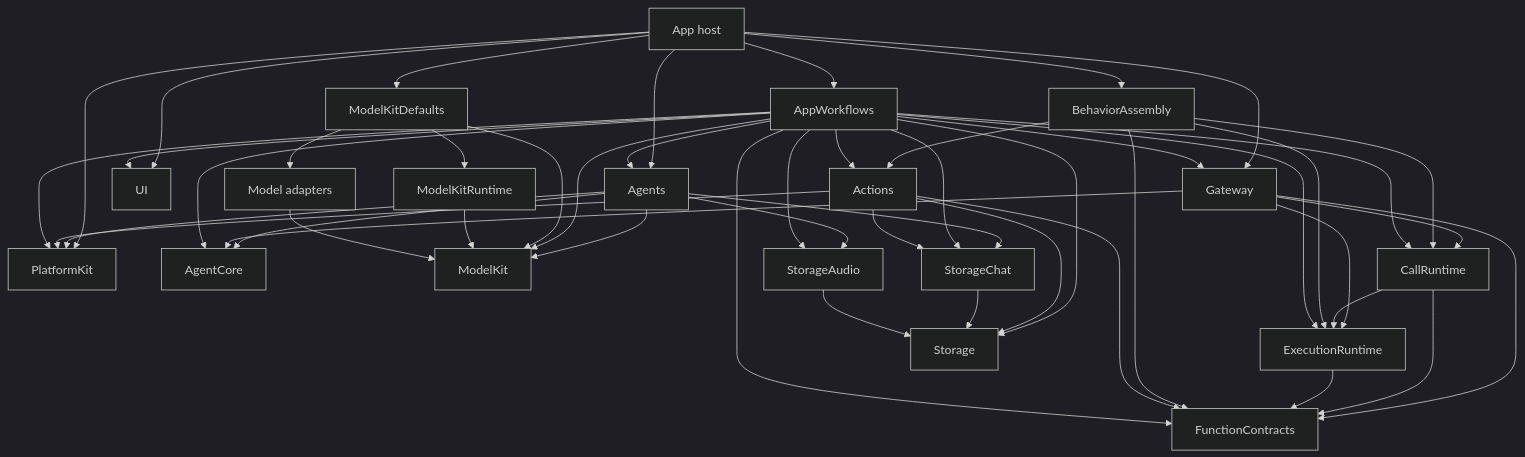
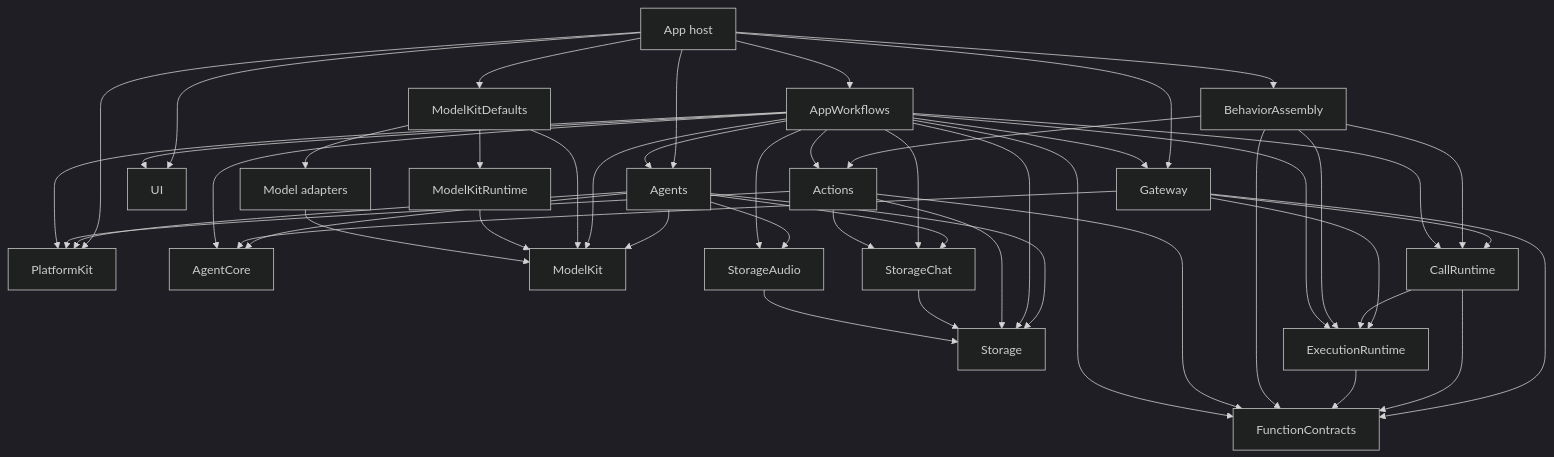
One commit to devilyouwei/MobileHarness changed the third of 33 diagrams in MobileHarness/README.md. Above: the diagram before and after it, drawn with Mermaid (dark theme). The commit also changed other lines of this file and 116 other files, not shown here.

````diff
--- a/MobileHarness/README.md
+++ b/MobileHarness/README.md
@@ -139,56 +134,56 @@
 ```mermaid
 flowchart TB
     App[App host] --> Agents
     App --> Gateway
     App --> Assembly[BehaviorAssembly]
     App --> Workflows[AppWorkflows]
     App --> Defaults[ModelKitDefaults]
     App --> UI
     App --> PlatformKit
 
-
     Agents --> AgentCore
     Agents --> PlatformKit
     Agents --> ModelKit
     Agents --> StorageChat
     Agents --> StorageAudio
+    Agents --> Storage
 
     Gateway --> AgentCore
     Gateway --> FunctionContracts
     Gateway --> ExecutionRuntime
     Gateway --> CallRuntime
     CallRuntime --> ExecutionRuntime
     CallRuntime --> FunctionContracts
     ExecutionRuntime --> FunctionContracts
 
     Assembly --> Actions
     Assembly --> FunctionContracts
     Assembly --> ExecutionRuntime
     Assembly --> CallRuntime
     Actions --> FunctionContracts
     Actions --> PlatformKit
 
     Workflows --> UI
     Workflows --> Storage
     Workflows --> StorageChat
     Workflows --> StorageAudio
     Workflows --> ModelKit
     Workflows --> PlatformKit
     Workflows --> Actions
     Workflows --> Agents
     Workflows --> Gateway
     Workflows --> AgentCore
     Workflows --> FunctionContracts
     Workflows --> ExecutionRuntime
     Workflows --> CallRuntime
 
     Actions --> StorageChat
     Actions --> Storage
     StorageChat --> Storage
     StorageAudio --> Storage
     Defaults --> ModelKit
     Defaults --> ModelKitRuntime
     Defaults --> Adapters[Model adapters]
     ModelKitRuntime --> ModelKit
     Adapters --> ModelKit
 ```
````
